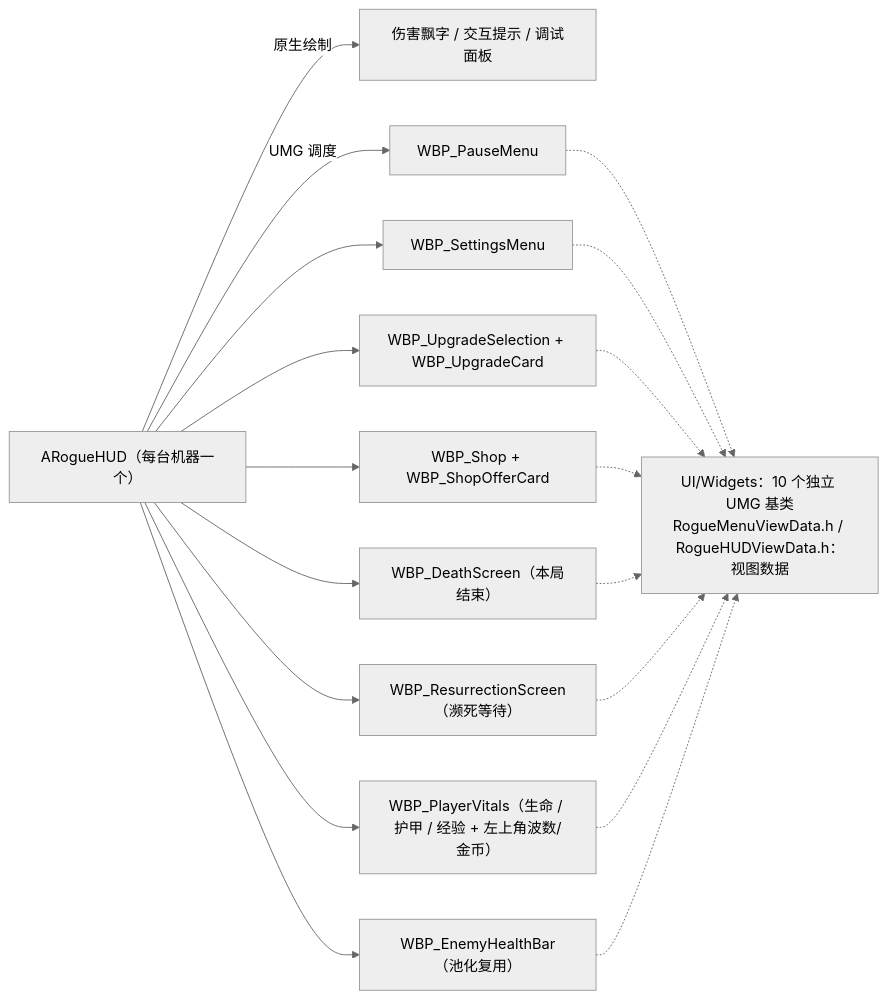
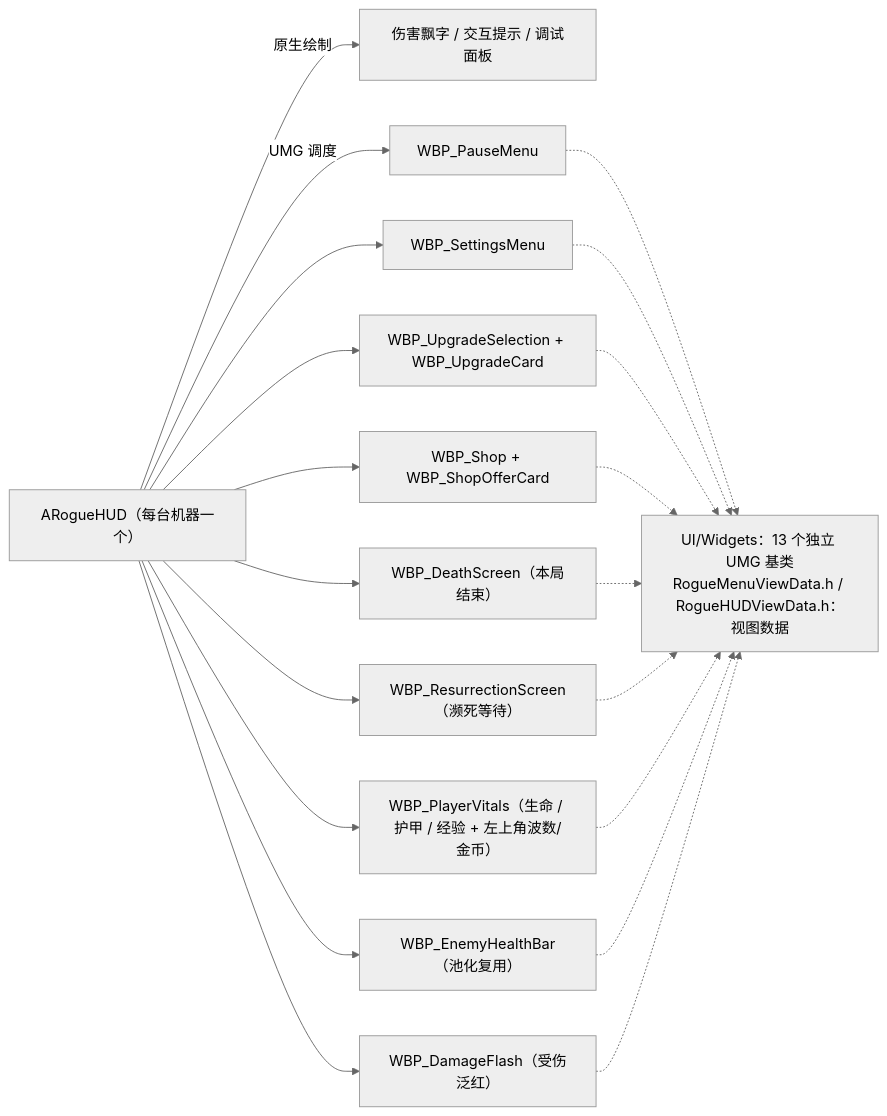
The second of 6 diagrams in Docs/Project-Structure.md (Elysiasloverly/AI-), drawn with Mermaid (neutral theme) before and after one commit. The commit also changed other lines of this file and 634 other files, not shown here.

````diff
--- a/Docs/Project-Structure.md
+++ b/Docs/Project-Structure.md
@@ -156,22 +158,24 @@
 ```mermaid
 graph LR
     HUD["ARogueHUD（每台机器一个）"]
     HUD -->|原生绘制| D1["伤害飘字 / 交互提示 / 调试面板"]
     HUD -->|UMG 调度| W1["WBP_PauseMenu"]
     HUD --> W2["WBP_SettingsMenu"]
     HUD --> W3["WBP_UpgradeSelection + WBP_UpgradeCard"]
     HUD --> W4["WBP_Shop + WBP_ShopOfferCard"]
     HUD --> W5["WBP_DeathScreen（本局结束）"]
     HUD --> W6["WBP_ResurrectionScreen（濒死等待）"]
     HUD --> W7["WBP_PlayerVitals（生命 / 护甲 / 经验 + 左上角波数/金币）"]
     HUD --> W8["WBP_EnemyHealthBar（池化复用）"]
-    B["UI/Widgets：10 个独立 UMG 基类<br/>RogueMenuViewData.h / RogueHUDViewData.h：视图数据"]
+    HUD --> W9["WBP_DamageFlash（受伤泛红）"]
+    B["UI/Widgets：13 个独立 UMG 基类<br/>RogueMenuViewData.h / RogueHUDViewData.h：视图数据"]
     W1 -.-> B
     W2 -.-> B
     W3 -.-> B
     W4 -.-> B
     W5 -.-> B
     W6 -.-> B
     W7 -.-> B
     W8 -.-> B
+    W9 -.-> B
 ```
````
